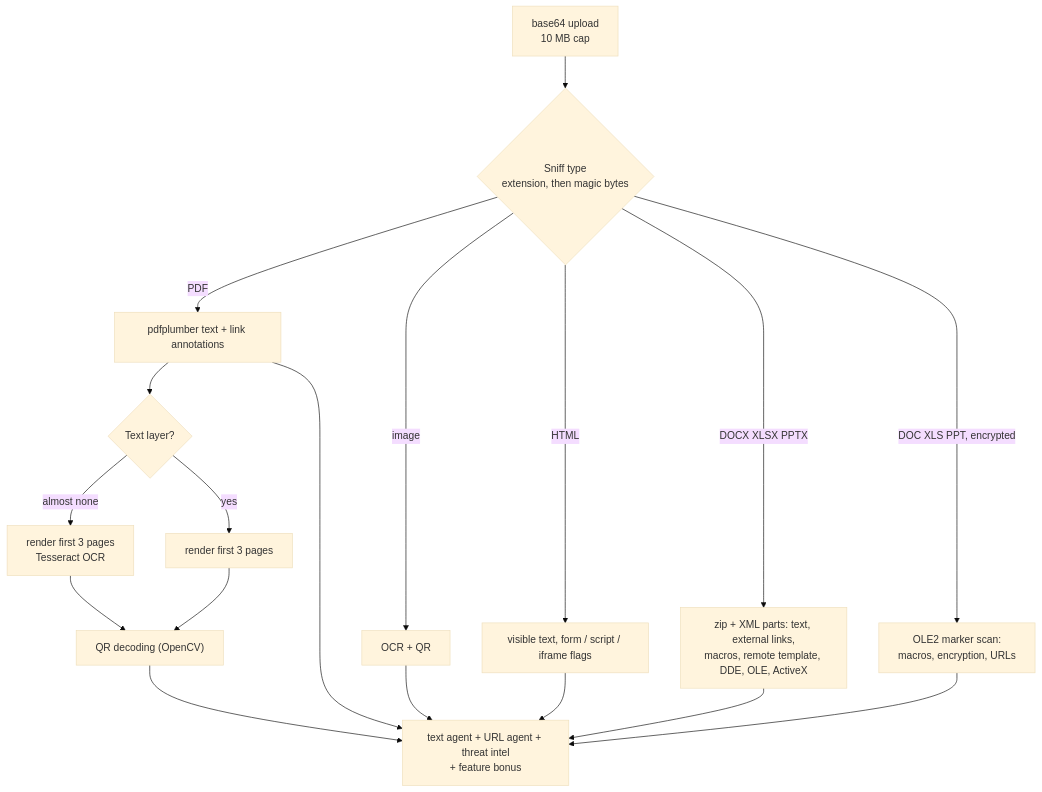
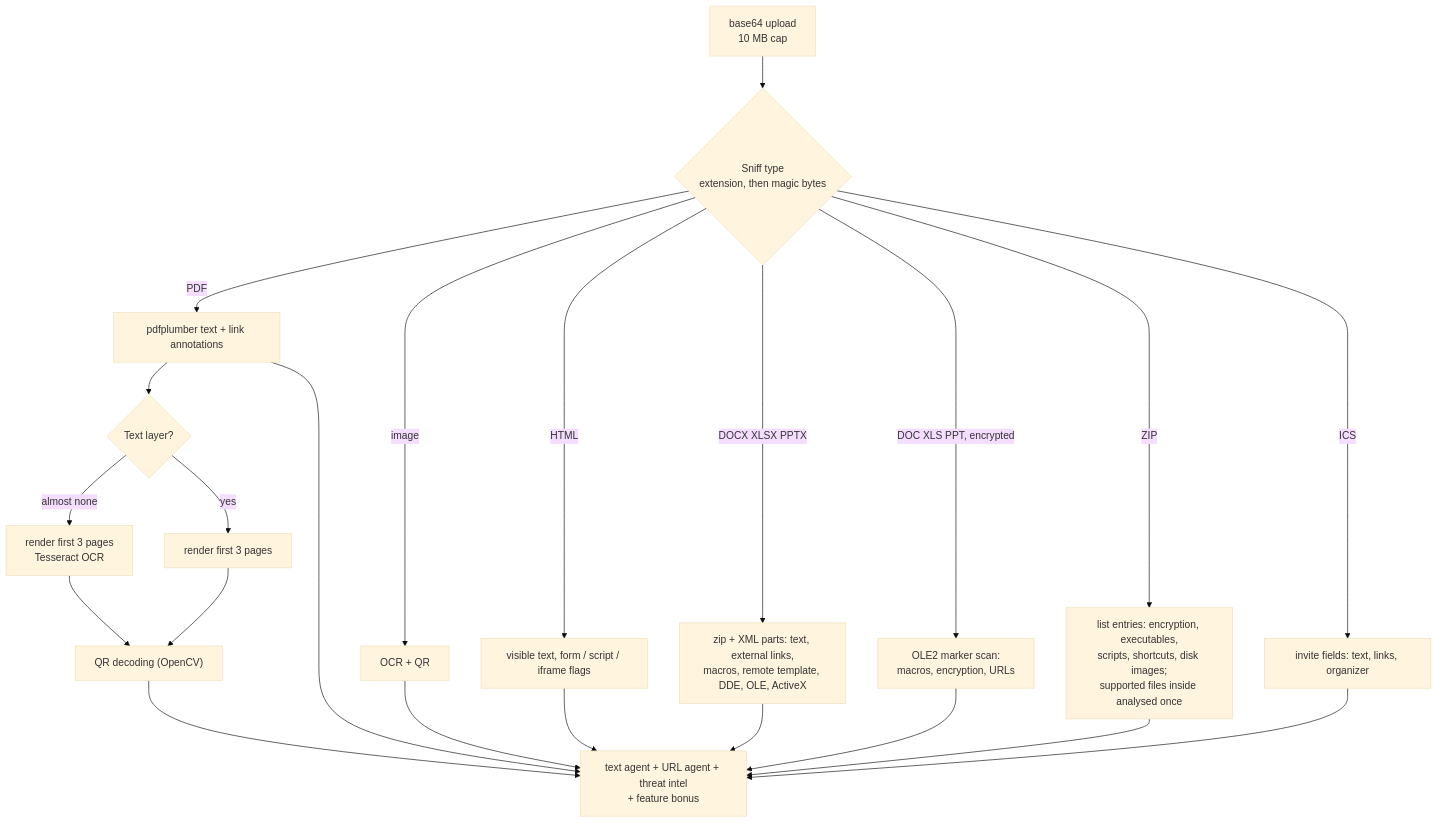
The fourth of 4 diagrams in docs/architecture.md (AnzouK/PhishLens), drawn with Mermaid (base theme) before and after one commit. The commit also changed other lines of this file and 11 other files, not shown here.

Commit message:
Threads, forwarded and image-only emails, shared-file links, archives/ics/eml attachments

````diff
--- a/docs/architecture.md
+++ b/docs/architecture.md
@@ -146,14 +167,16 @@
 ```mermaid
 flowchart TD
     B["base64 upload<br/>10 MB cap"] --> M{"Sniff type<br/>extension, then magic bytes"}
     M -->|PDF| P["pdfplumber text + link annotations"]
     P --> Q{"Text layer?"}
     Q -- "almost none" --> O["render first 3 pages<br/>Tesseract OCR"]
     Q -- yes --> R["render first 3 pages"]
     O & R --> QR["QR decoding (OpenCV)"]
     M -->|image| I["OCR + QR"]
     M -->|HTML| H["visible text, form / script / iframe flags"]
     M -->|DOCX XLSX PPTX| X["zip + XML parts: text, external links,<br/>macros, remote template, DDE, OLE, ActiveX"]
     M -->|DOC XLS PPT, encrypted| L["OLE2 marker scan:<br/>macros, encryption, URLs"]
-    QR & I & H & X & L & P --> A["text agent + URL agent + threat intel<br/>+ feature bonus"]
+    M -->|ZIP| Z["list entries: encryption, executables,<br/>scripts, shortcuts, disk images;<br/>supported files inside analysed once"]
+    M -->|ICS| C["invite fields: text, links, organizer"]
+    QR & I & H & X & L & P & Z & C --> A["text agent + URL agent + threat intel<br/>+ feature bonus"]
 ```
````
